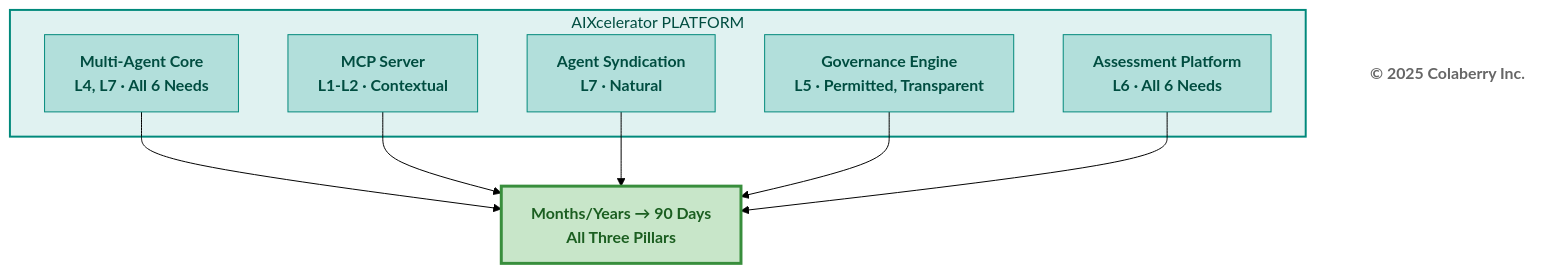
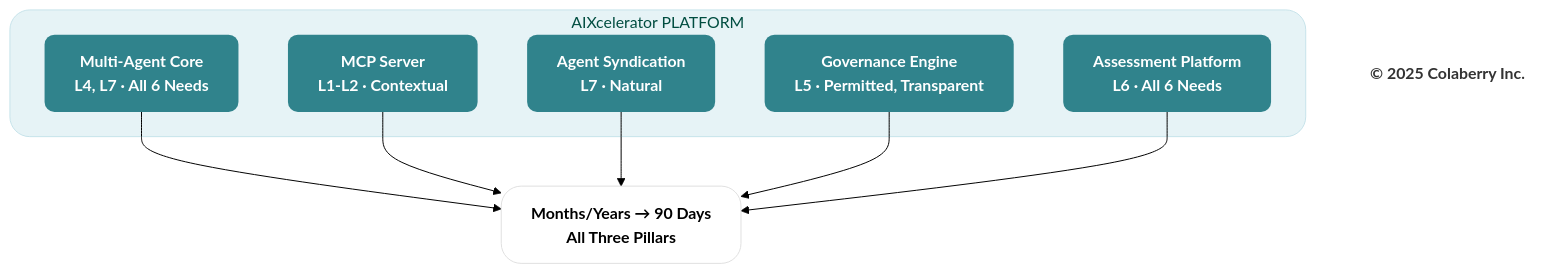
One commit to saitejesh-cyber/trust-before-intelligence-book changed the sixth of 6 diagrams in manuscript/13_chapter_12_running_agents_at_scale.md. Above: the diagram before and after it, drawn with Mermaid (forest theme). The commit also changed other lines of this file and 7 other files, not shown here.

Commit message:
Chapter 6to13: Updated mermaid diagrams based on new colaberry color code

````diff
--- a/manuscript/13_chapter_12_running_agents_at_scale.md
+++ b/manuscript/13_chapter_12_running_agents_at_scale.md
@@ -1024,27 +1024,27 @@
 ```mermaid
 graph TD
     subgraph PLATFORM["AIXcelerator PLATFORM"]
         C1["<b>Multi-Agent Core</b><br/><b>L4, L7 · All 6 Needs</b>"]
         C2["<b>MCP Server</b><br/><b>L1-L2 · Contextual</b>"]
         C3["<b>Agent Syndication</b><br/><b>L7 · Natural</b>"]
         C4["<b>Governance Engine</b><br/><b>L5 · Permitted, Transparent</b>"]
         C5["<b>Assessment Platform</b><br/><b>L6 · All 6 Needs</b>"]
     end
     
 C1 --> RESULT["<b>Months/Years → 90 Days</b><br/><b>All Three Pillars</b>"]
     C2 --> RESULT
     C3 --> RESULT
     C4 --> RESULT
     C5 --> RESULT
     
     Copyright["<b>© 2025 Colaberry Inc.</b>"]
     
-    style PLATFORM fill:#e0f2f1,stroke:#00897b,stroke-width:2px,color:#004d40
-    style C1 fill:#b2dfdb,stroke:#00897b,color:#004d40
-    style C2 fill:#b2dfdb,stroke:#00897b,color:#004d40
-    style C3 fill:#b2dfdb,stroke:#00897b,color:#004d40
-    style C4 fill:#b2dfdb,stroke:#00897b,color:#004d40
-    style C5 fill:#b2dfdb,stroke:#00897b,color:#004d40
-    style RESULT fill:#c8e6c9,stroke:#388e3c,stroke-width:3px,color:#1b5e20
-    style Copyright fill:#ffffff,stroke:none,color:#666666
+    style PLATFORM fill:#e6f3f6,stroke:#c7e3ea,stroke-width:1px,color:#004d40,rx:20,ry:20
+    style C1 fill:#30838C,stroke:none,color:#ffffff,rx:10,ry:10
+    style C2 fill:#30838C,stroke:none,color:#ffffff,rx:10,ry:10
+    style C3 fill:#30838C,stroke:none,color:#ffffff,rx:10,ry:10
+    style C4 fill:#30838C,stroke:none,color:#ffffff,rx:10,ry:10
+    style C5 fill:#30838C,stroke:none,color:#ffffff,rx:10,ry:10
+    style RESULT fill:#ffffff,stroke:#e0e0e0,stroke-width:1px,color:#000000,rx:20,ry:20
+    style Copyright fill:none,stroke:none,color:#333333
 ```
````
